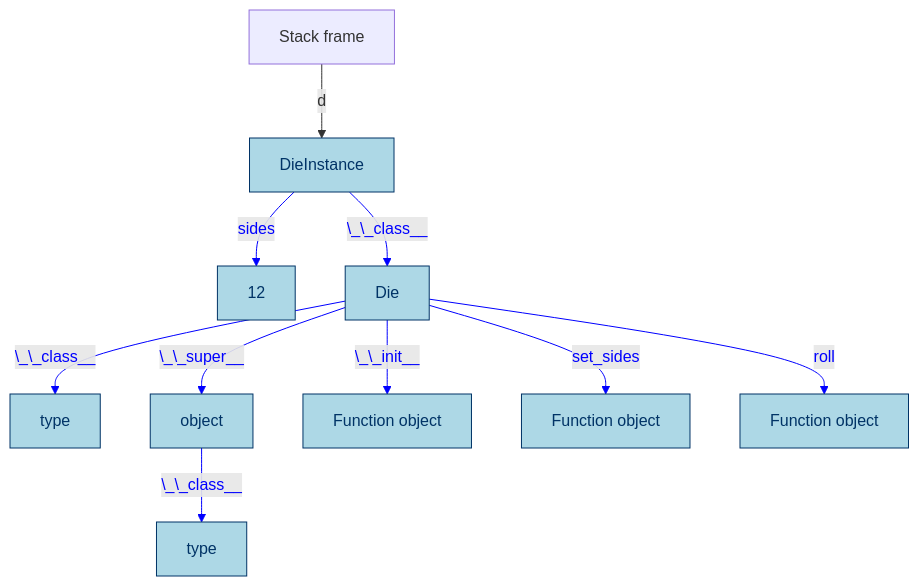
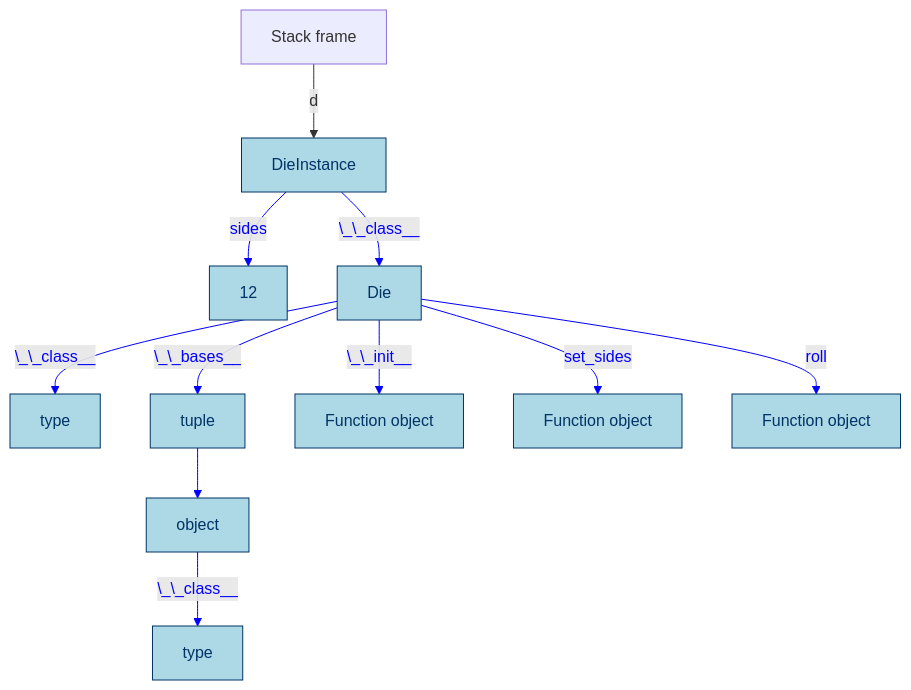
Before and after one commit to TobiasWrigstad/peps: the fifth of 12 diagrams in pep795.md, drawn with Mermaid. The commit also changed other lines of this file, not shown here.

````diff
--- a/pep795.md
+++ b/pep795.md
@@ -487,14 +502,15 @@
 ```mermaid
 graph TD;
   A[Stack frame]-- d -->B[DieInstance]:::imm
   B-- sides -->12:::imm
   B-- \_\_class__ -->C[Die]:::imm
   C-- \_\_class__ -->D[type]:::imm
-  C-- \_\_super__ -->E[object]:::imm
+  C-- \_\_bases__-->T[tuple]:::imm
+  T--> E[object]:::imm
   E-- \_\_class__ -->F[type]:::imm
   C-- \_\_init__ -->G[Function object]:::imm
   C-- set_sides -->H[Function object]:::imm
   C-- roll -->I[Function object]:::imm
   classDef imm fill:#ADD8E6,stroke:#003366,stroke-width:1px,color:#003366;
-  linkStyle 1,2,3,4,5,6,7,8 stroke:#00f,stroke-width:1px,color:blue;
+  linkStyle 1,2,3,4,5,6,7,8,9 stroke:#00f,stroke-width:1px,color:blue;
 ```
````
